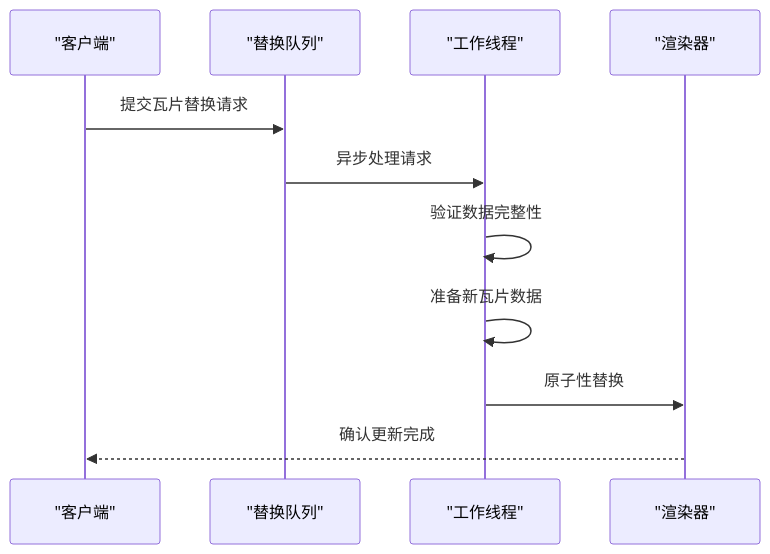
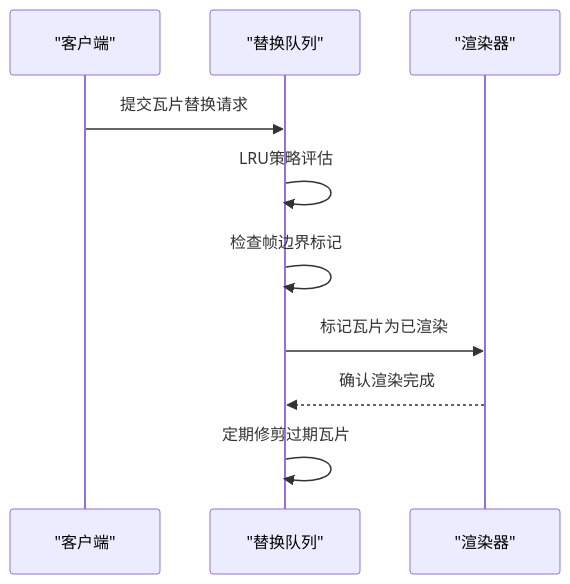
The ninth of 10 diagrams in .qoder/repowiki/zh/content/项目概述/核心特性/3D数据格式支持/3D Tiles标准支持/瓦片集管理.md (rzhangjing/cesium), drawn with Mermaid before and after one commit. The commit also changed other lines of this file and 57 other files, not shown here.

````diff
--- a/.qoder/repowiki/zh/content/项目概述/核心特性/3D数据格式支持/3D Tiles标准支持/瓦片集管理.md
+++ b/.qoder/repowiki/zh/content/项目概述/核心特性/3D数据格式支持/3D Tiles标准支持/瓦片集管理.md
@@ -433,13 +373,12 @@
 ```mermaid
 sequenceDiagram
 participant Client as "客户端"
 participant Queue as "替换队列"
-participant Worker as "工作线程"
 participant Renderer as "渲染器"
 Client->>Queue : 提交瓦片替换请求
-Queue->>Worker : 异步处理请求
-Worker->>Worker : 验证数据完整性
-Worker->>Worker : 准备新瓦片数据
-Worker->>Renderer : 原子性替换
-Renderer-->>Client : 确认更新完成
+Queue->>Queue : LRU策略评估
+Queue->>Queue : 检查帧边界标记
+Queue->>Renderer : 标记瓦片为已渲染
+Renderer-->>Queue : 确认渲染完成
+Queue->>Queue : 定期修剪过期瓦片
 ```
````
